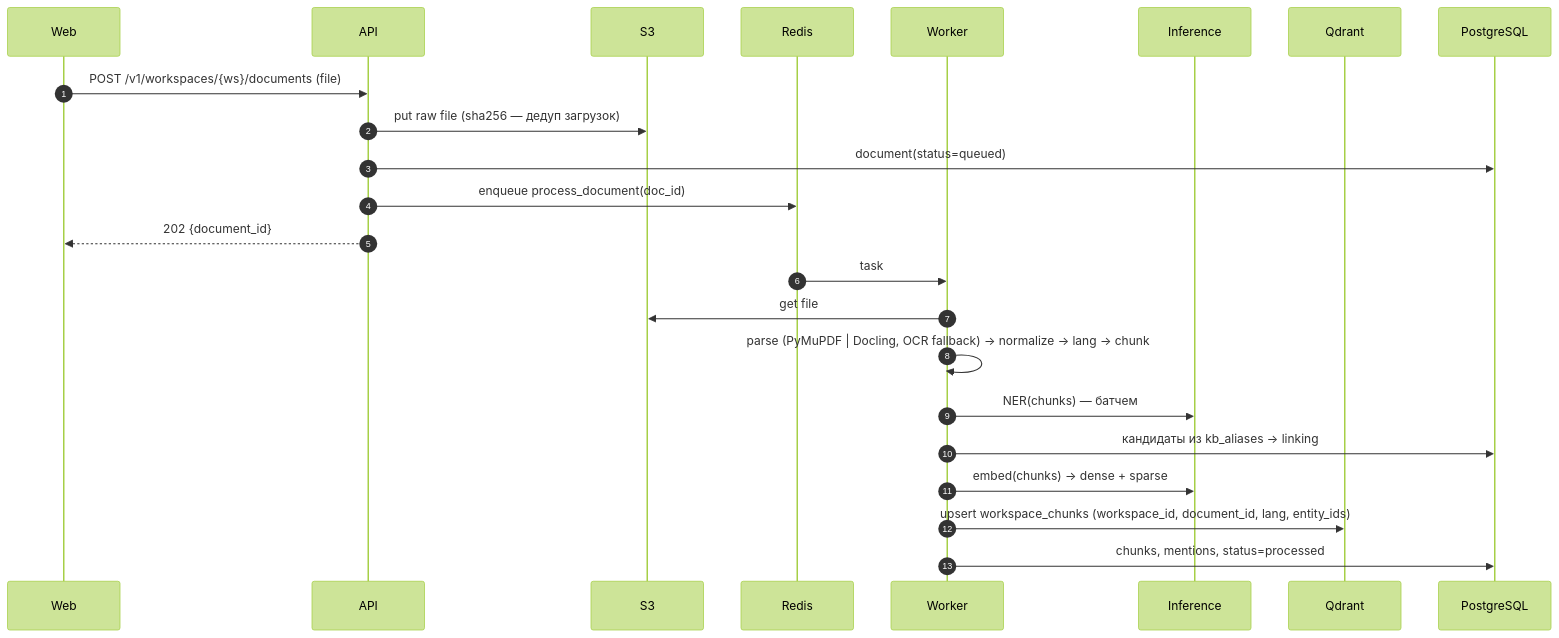
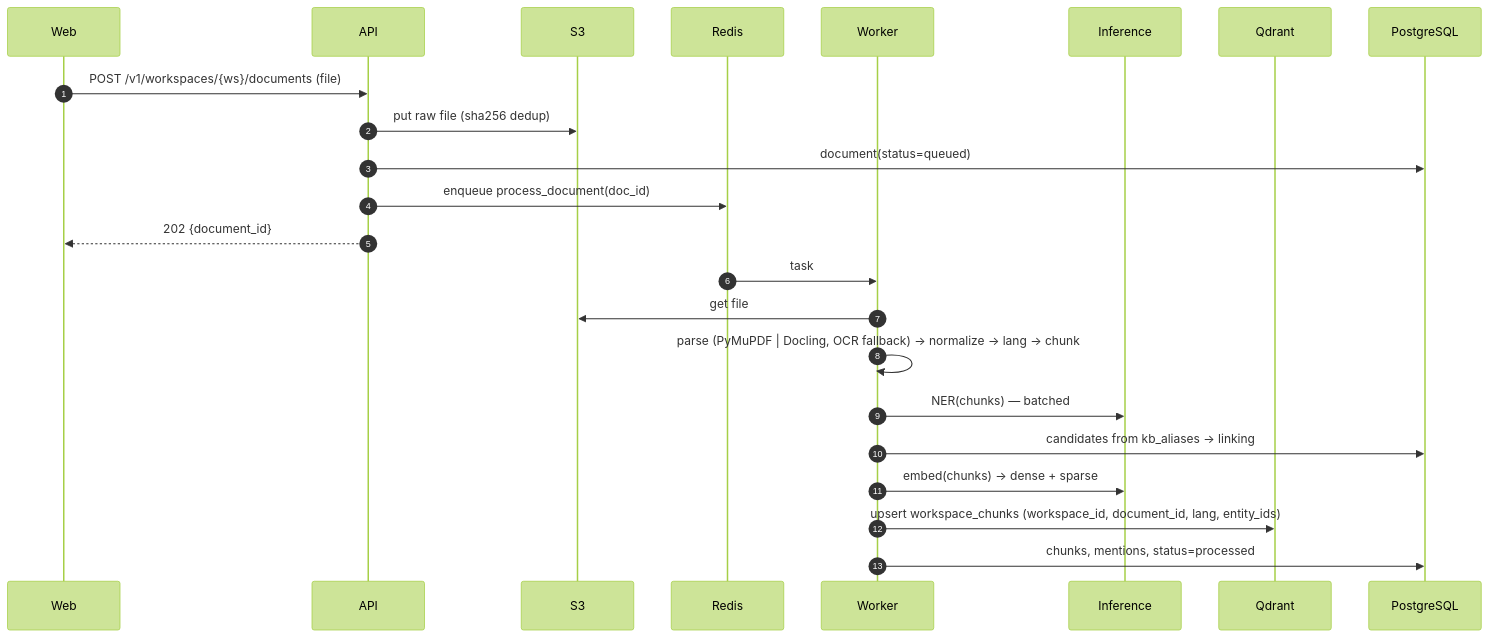
Before and after one commit to Nusultan11/TriFactAI: the third of 4 diagrams in docs/architecture/docs/01-architecture.md, drawn with Mermaid (forest theme). The commit also changed other lines of this file and 30 other files, not shown here.

````diff
--- a/docs/architecture/docs/01-architecture.md
+++ b/docs/architecture/docs/01-architecture.md
@@ -206,25 +195,25 @@
 ```mermaid
 sequenceDiagram
     autonumber
     participant W as Web
     participant A as API
     participant S as S3
     participant R as Redis
     participant K as Worker
     participant I as Inference
     participant Q as Qdrant
     participant P as PostgreSQL
     W->>A: POST /v1/workspaces/{ws}/documents (file)
-    A->>S: put raw file (sha256 — дедуп загрузок)
+    A->>S: put raw file (sha256 dedup)
     A->>P: document(status=queued)
     A->>R: enqueue process_document(doc_id)
     A-->>W: 202 {document_id}
     R->>K: task
     K->>S: get file
     K->>K: parse (PyMuPDF | Docling, OCR fallback) → normalize → lang → chunk
-    K->>I: NER(chunks) — батчем
-    K->>P: кандидаты из kb_aliases → linking
+    K->>I: NER(chunks) — batched
+    K->>P: candidates from kb_aliases → linking
     K->>I: embed(chunks) → dense + sparse
     K->>Q: upsert workspace_chunks (workspace_id, document_id, lang, entity_ids)
     K->>P: chunks, mentions, status=processed
 ```
````
